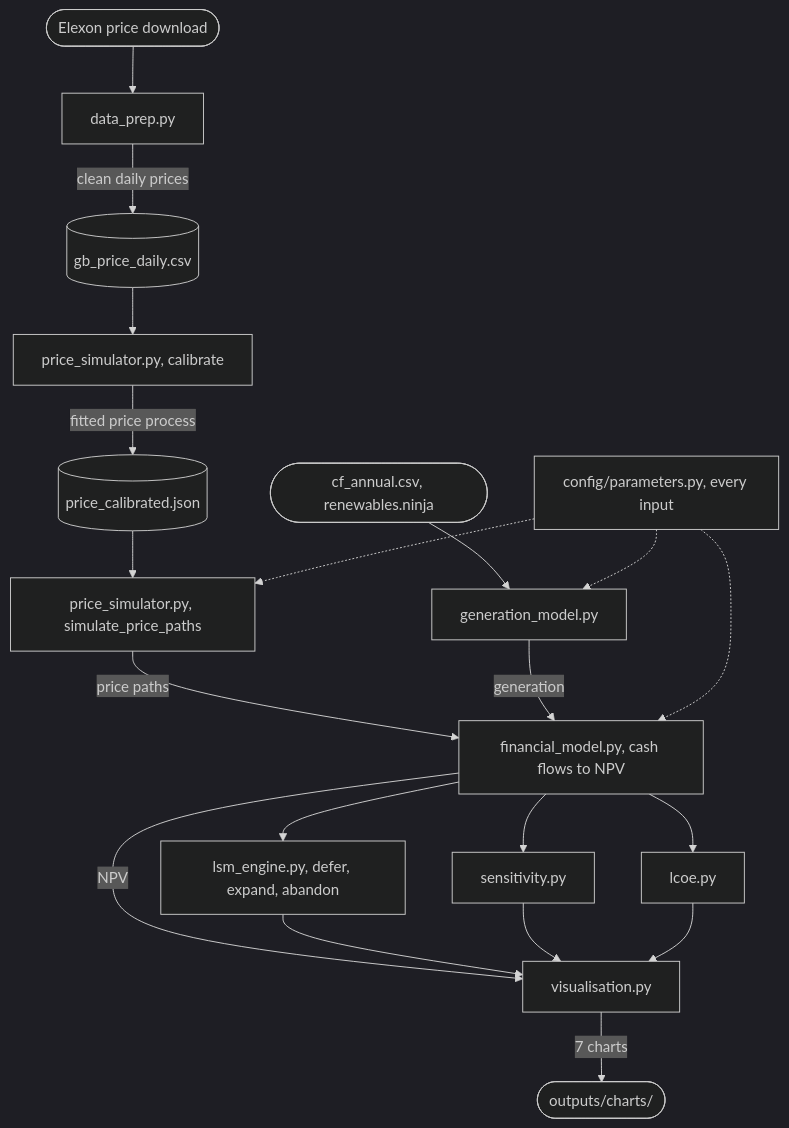
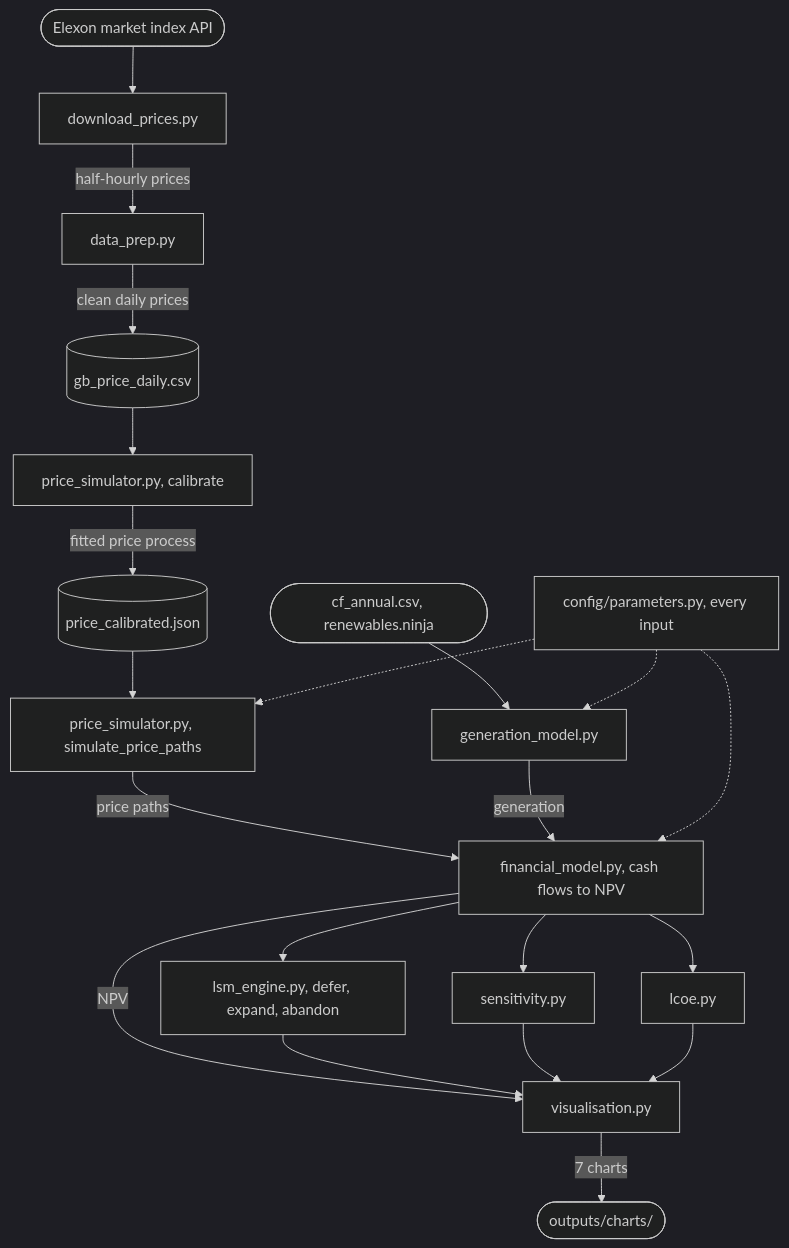
One commit to aymanazeem/UK-Offshore-Wind-Real-Options changed the diagram in README.md. Above: the diagram before and after it, drawn with Mermaid (dark theme). The commit also changed other lines of this file and 13 other files, not shown here.

First line of the commit message:
Add a reproducible Elexon price download and fix the partial last day (#3)

````diff
--- a/README.md
+++ b/README.md
@@ -201,32 +209,33 @@
 ```mermaid
 flowchart TD
-    elexon(["Elexon price download"])
+    elexon(["Elexon market index API"])
     ninja(["cf_annual.csv, renewables.ninja"])
     params["config/parameters.py, every input"]
 
-    elexon --> prep["data_prep.py"]
+    elexon --> dl["download_prices.py"]
+    dl -->|"half-hourly prices"| prep["data_prep.py"]
     prep -->|"clean daily prices"| daily[("gb_price_daily.csv")]
 
     daily --> cal["price_simulator.py, calibrate"]
     cal -->|"fitted price process"| caljson[("price_calibrated.json")]
     caljson --> simp["price_simulator.py, simulate_price_paths"]
 
     ninja --> gen["generation_model.py"]
 
     simp -->|"price paths"| fin["financial_model.py, cash flows to NPV"]
     gen -->|"generation"| fin
 
     fin -->|"NPV"| viz["visualisation.py"]
     fin --> lsm["lsm_engine.py, defer, expand, abandon"]
     fin --> sens["sensitivity.py"]
     fin --> lcoe["lcoe.py"]
 
     lsm --> viz
     sens --> viz
     lcoe --> viz
     viz -->|"7 charts"| charts(["outputs/charts/"])
 
     params -.-> simp
     params -.-> gen
     params -.-> fin
 ```
````
